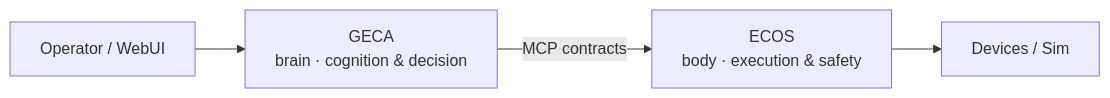
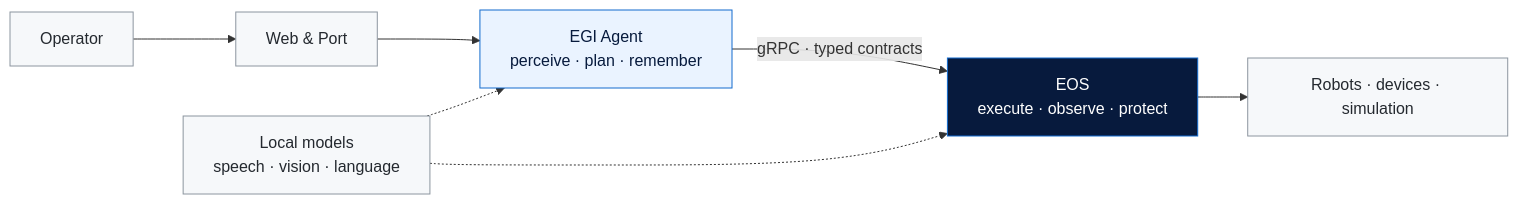
One commit to Island-Team/.github changed the diagram in profile/README.md. Above: the diagram before and after it, drawn with Mermaid. The commit also changed other lines of this file and 1 other file, not shown here.

````diff
--- a/profile/README.md
+++ b/profile/README.md
@@ -19,6 +25,16 @@
 ```mermaid
 flowchart LR
-  operator["Operator / WebUI"] --> geca["GECA<br/>brain · cognition & decision"]
-  geca -->|"MCP contracts"| ecos["ECOS<br/>body · execution & safety"]
-  ecos --> devices["Devices / Sim"]
+    human["Operator"] --> web["Web & Port"]
+    web --> egia["EGI Agent<br/>perceive · plan · remember"]
+    models["Local models<br/>speech · vision · language"] -.-> egia
+    egia -->|"gRPC · typed contracts"| eos["EOS<br/>execute · observe · protect"]
+    models -.-> eos
+    eos --> world["Robots · devices · simulation"]
+
+    classDef cognition fill:#eaf3ff,stroke:#126bce,color:#071a3d
+    classDef execution fill:#071a3d,stroke:#126bce,color:#ffffff
+    classDef support fill:#f6f8fa,stroke:#8c959f,color:#24292f
+    class egia cognition
+    class eos execution
+    class human,web,models,world support
 ```
````
